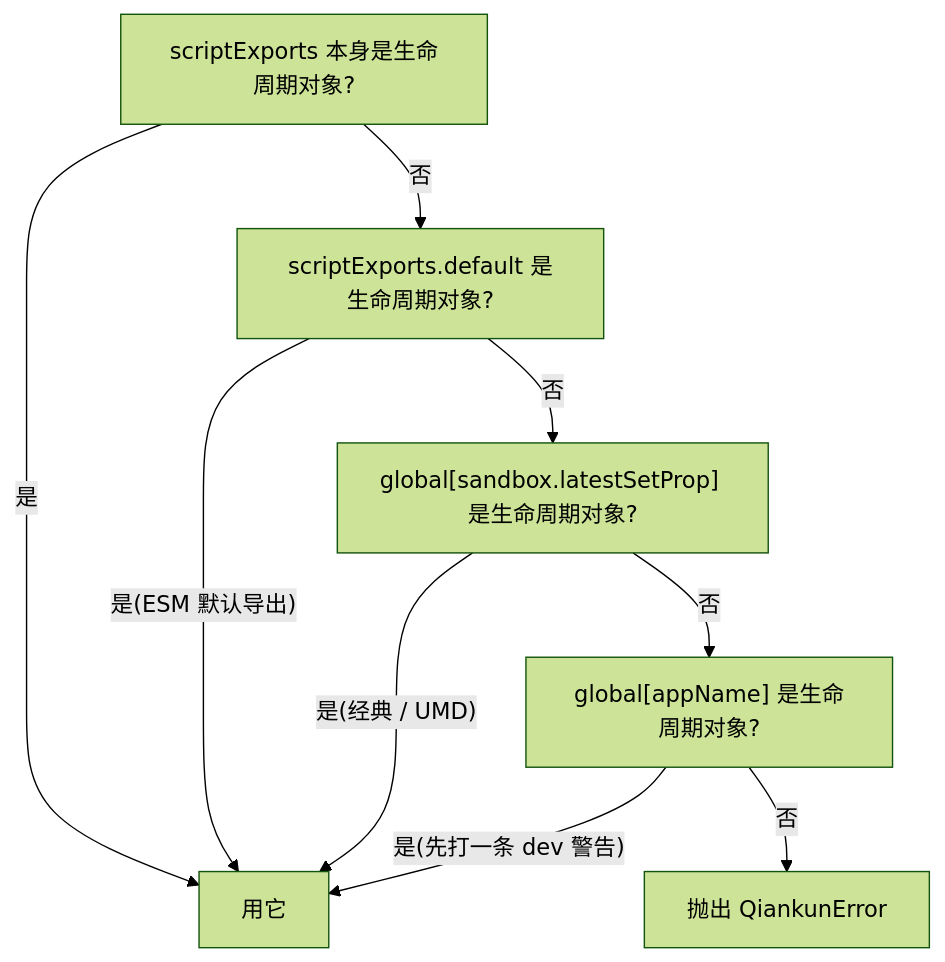
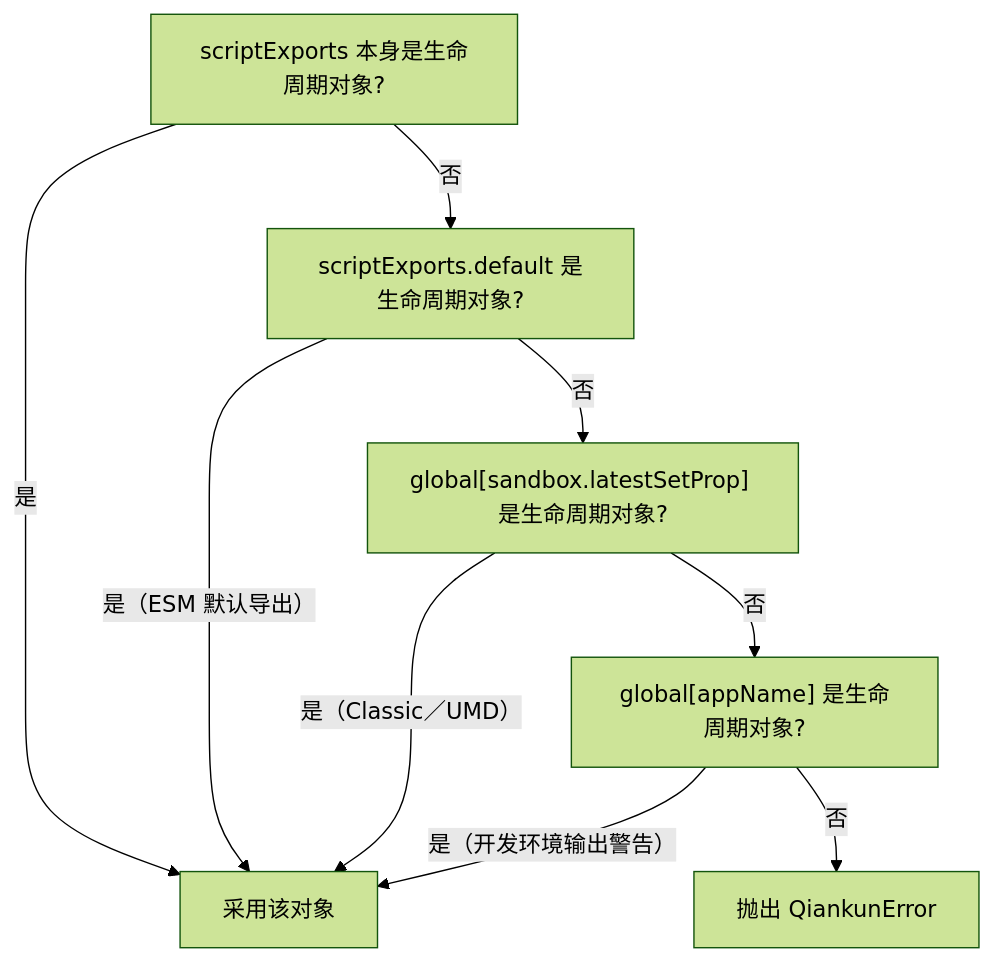
The first of 2 diagrams in docs/zh-CN/internals/lifecycle-resolution.md (umijs/qiankun), drawn with Mermaid (forest theme) before and after one commit. The commit also changed other lines of this file and 66 other files, not shown here.

````diff
--- a/docs/zh-CN/internals/lifecycle-resolution.md
+++ b/docs/zh-CN/internals/lifecycle-resolution.md
@@ -52,11 +52,11 @@
 ```mermaid
 flowchart TD
-  A["scriptExports 本身是生命周期对象?"] -->|是| OK["用它"]
+  A["scriptExports 本身是生命周期对象?"] -->|是| OK["采用该对象"]
   A -->|否| B["scriptExports.default 是生命周期对象?"]
-  B -->|"是(ESM 默认导出)"| OK
+  B -->|"是（ESM 默认导出）"| OK
   B -->|否| C["global[sandbox.latestSetProp] 是生命周期对象?"]
-  C -->|"是(经典 / UMD)"| OK
+  C -->|"是（Classic／UMD）"| OK
   C -->|否| D["global[appName] 是生命周期对象?"]
-  D -->|"是(先打一条 dev 警告)"| OK
+  D -->|"是（开发环境输出警告）"| OK
   D -->|否| E["抛出 QiankunError"]
 ```
````
